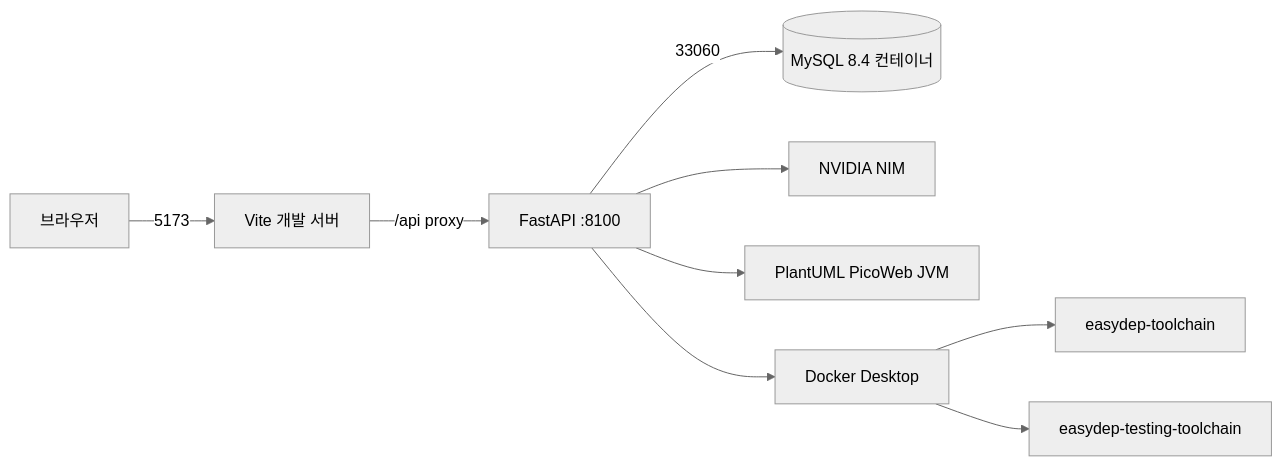
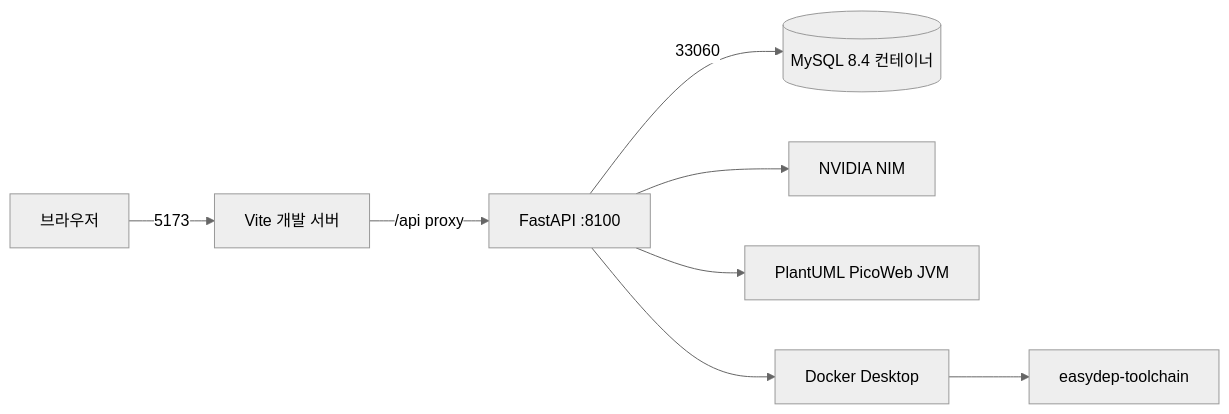
Before and after one commit to PNU-capstone-2026-17/easydep: the second of 2 diagrams in docs/current-system-status.md, drawn with Mermaid (neutral theme). The commit also changed other lines of this file and 21 other files, not shown here.

Commit message:
refactor: streamline traced testing and toolchain

````diff
--- a/docs/current-system-status.md
+++ b/docs/current-system-status.md
@@ -63,11 +63,10 @@
 ```mermaid
 flowchart LR
     B[브라우저] -->|5173| V[Vite 개발 서버]
     V -->|/api proxy| F[FastAPI :8100]
     F -->|33060| M[(MySQL 8.4 컨테이너)]
     F --> N[NVIDIA NIM]
     F --> P[PlantUML PicoWeb JVM]
     F --> D[Docker Desktop]
     D --> IT[easydep-toolchain]
-    D --> TT[easydep-testing-toolchain]
 ```
````
